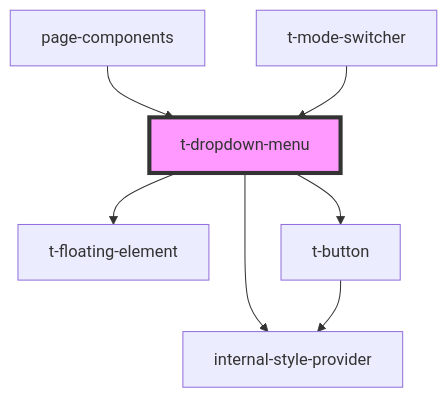
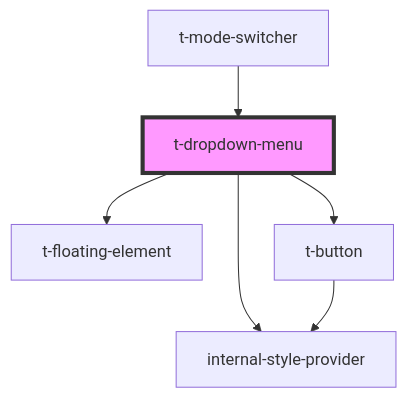
Before and after one commit to TomasEng/web-components: the diagram in packages/t-web-components/src/components/t-dropdown/readme.md, drawn with Mermaid. The commit also changed other lines of this file and 27 other files, not shown here.

````diff
--- a/packages/t-web-components/src/components/t-dropdown/readme.md
+++ b/packages/t-web-components/src/components/t-dropdown/readme.md
@@ -34,10 +33,9 @@
 ```mermaid
 graph TD;
   t-dropdown-menu --> internal-style-provider
   t-dropdown-menu --> t-floating-element
   t-dropdown-menu --> t-button
   t-button --> internal-style-provider
-  page-components --> t-dropdown-menu
   t-mode-switcher --> t-dropdown-menu
   style t-dropdown-menu fill:#f9f,stroke:#333,stroke-width:4px
 ```
````
